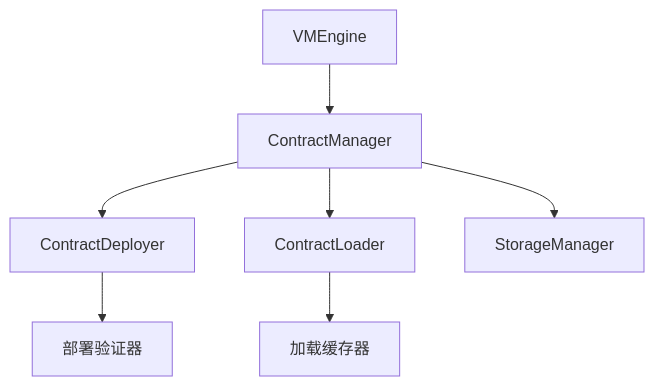
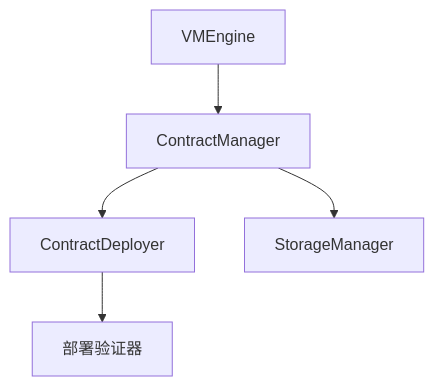
Before and after one commit to lengzhao/vm: the seventh of 7 diagrams in docs/detailed_design/contract_manager_detailed_design.md, drawn with Mermaid. The commit also changed other lines of this file and 12 other files, not shown here.

````diff
--- a/docs/detailed_design/contract_manager_detailed_design.md
+++ b/docs/detailed_design/contract_manager_detailed_design.md
@@ -507,9 +432,7 @@
 ```mermaid
 graph TD
 A[VMEngine] --> B[ContractManager]
 B --> C[ContractDeployer]
-B --> D[ContractLoader]
-B --> E[StorageManager]
-C --> F[部署验证器]
-D --> G[加载缓存器]
+B --> D[StorageManager]
+C --> E[部署验证器]
 ```
````
